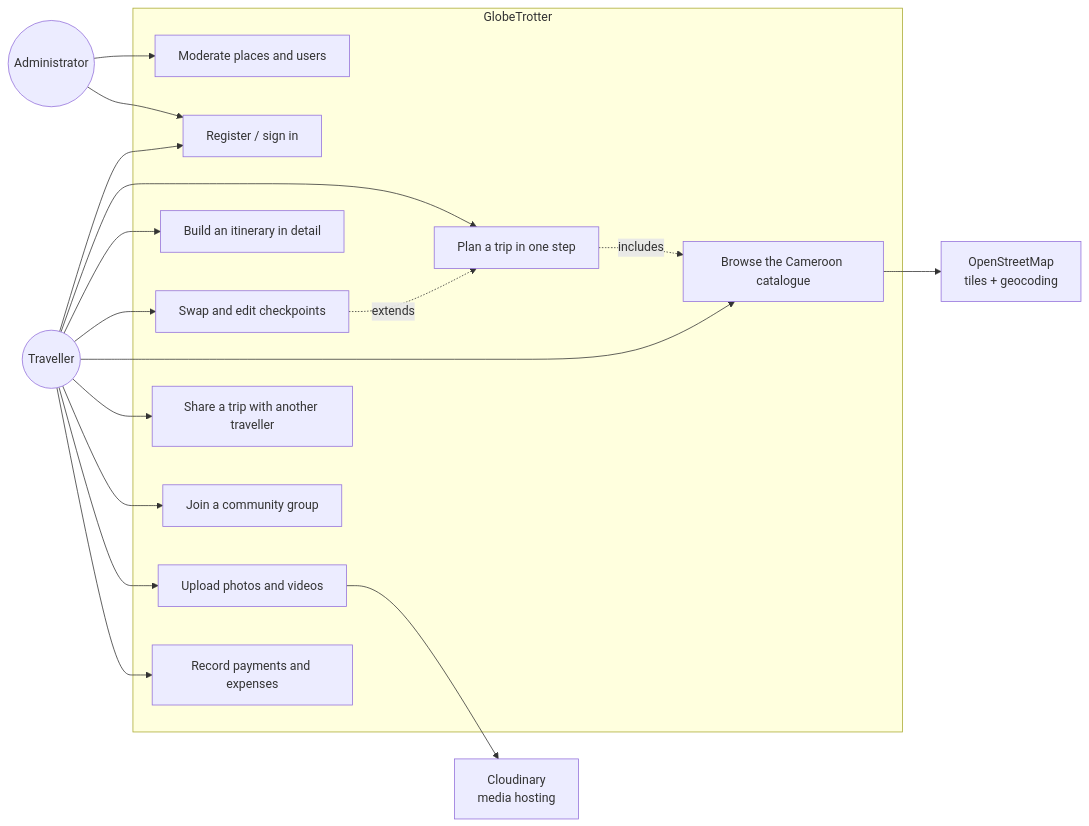
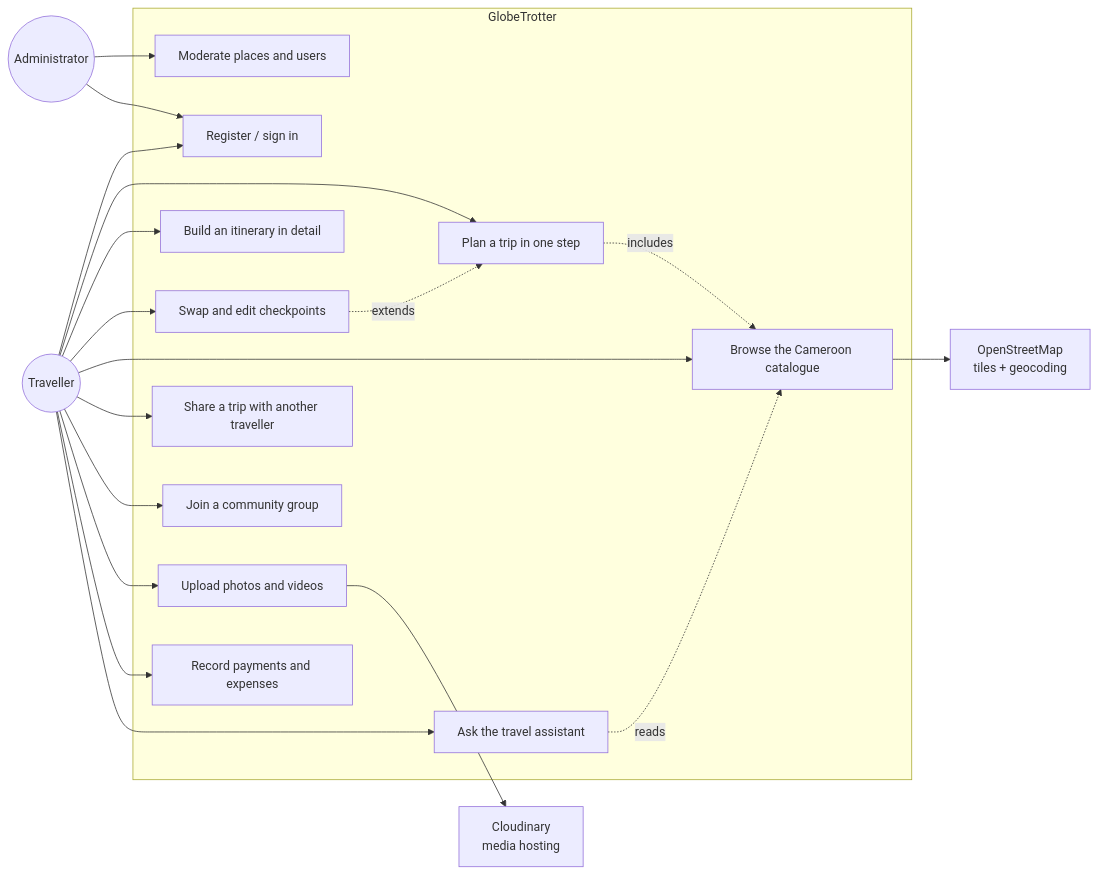
Before and after one commit to madongue/globetrotter-capstone: the first of 7 diagrams in docs/uml.md, drawn with Mermaid. The commit also changed other lines of this file and 11 other files, not shown here.

First line of the commit message:
Add a travel assistant that answers from the app's own data

````diff
--- a/docs/uml.md
+++ b/docs/uml.md
@@ -15,37 +15,40 @@
 ```mermaid
 graph LR
     Traveller(("Traveller"))
     Admin(("Administrator"))
     Maps["OpenStreetMap<br/>tiles + geocoding"]
     Cloud["Cloudinary<br/>media hosting"]
 
     subgraph GlobeTrotter
         UC1["Register / sign in"]
         UC2["Plan a trip in one step"]
         UC3["Build an itinerary in detail"]
         UC4["Swap and edit checkpoints"]
         UC5["Browse the Cameroon catalogue"]
         UC6["Share a trip with another traveller"]
         UC7["Join a community group"]
         UC8["Upload photos and videos"]
         UC9["Record payments and expenses"]
         UC10["Moderate places and users"]
+        UC11["Ask the travel assistant"]
     end
 
     Traveller --> UC1
     Traveller --> UC2
     Traveller --> UC3
     Traveller --> UC4
     Traveller --> UC5
     Traveller --> UC6
     Traveller --> UC7
     Traveller --> UC8
     Traveller --> UC9
+    Traveller --> UC11
     Admin --> UC10
     Admin --> UC1
 
     UC2 -.->|includes| UC5
     UC4 -.->|extends| UC2
+    UC11 -.->|reads| UC5
     UC5 --> Maps
     UC8 --> Cloud
 ```
````
